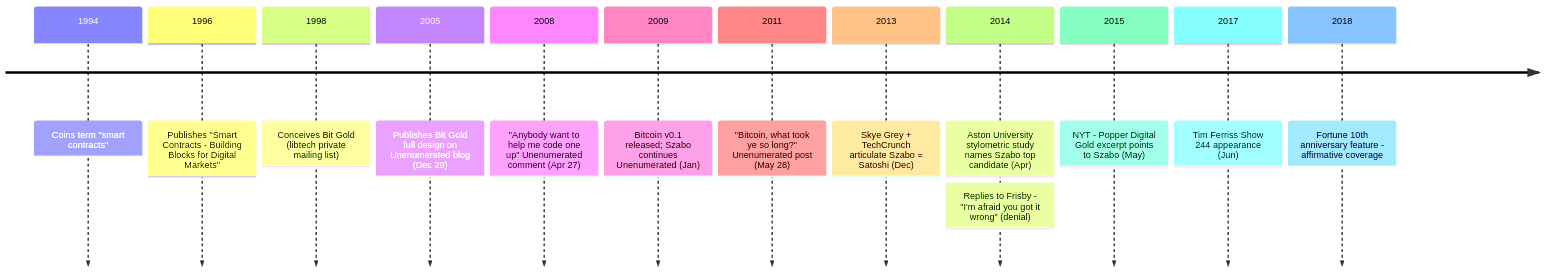
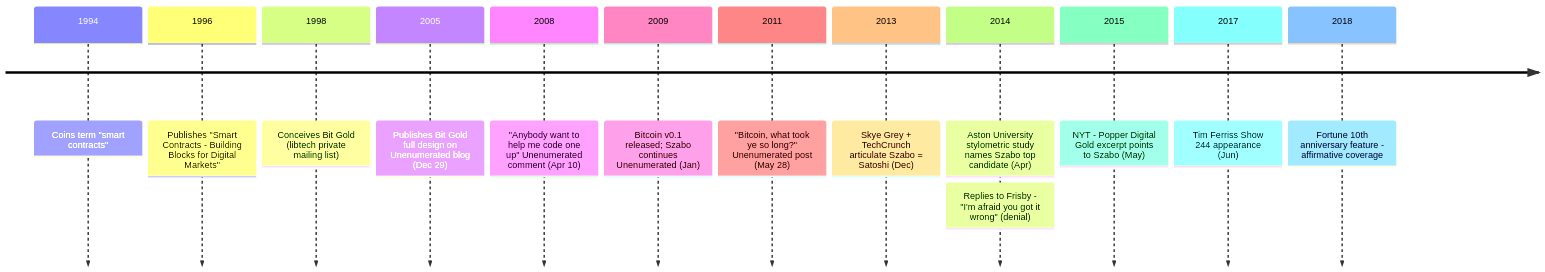
One commit to cypher256/BitcoinArchive changed the diagram in src/data/entries/en/aftermath/2005-12-29-nick-szabo-biography.md. Above: the diagram before and after it, drawn with Mermaid. The commit also changed other lines of this file and 24 other files, not shown here.

First line of the commit message:
Correct Szabo bit-gold implementation-request date to Apr 10, 2008

````diff
--- a/src/data/entries/en/aftermath/2005-12-29-nick-szabo-biography.md
+++ b/src/data/entries/en/aftermath/2005-12-29-nick-szabo-biography.md
@@ -61,22 +61,22 @@
 ```mermaid
 timeline
     1994 : Coins term "smart contracts"
     1996 : Publishes "Smart Contracts - Building Blocks for Digital Markets"
     1998 : Conceives Bit Gold (libtech private mailing list)
     2005 : Publishes Bit Gold full design on Unenumerated blog (Dec 29)
-    2008 : "Anybody want to help me code one up" Unenumerated comment (Apr 27)
-    %% link: /BitcoinArchive/entries/aftermath/2008-04-27-nick-szabo-bit-gold-implementation-request/
+    2008 : "Anybody want to help me code one up" Unenumerated comment (Apr 10)
+    %% link: /BitcoinArchive/entries/aftermath/2008-04-10-nick-szabo-bit-gold-implementation-request/
     2009 : Bitcoin v0.1 released; Szabo continues Unenumerated (Jan)
     %% link: /BitcoinArchive/entries/aftermath/2009-01-09-bitcoin-v01-released/
     2011 : "Bitcoin, what took ye so long?" Unenumerated post (May 28)
     %% link: /BitcoinArchive/entries/aftermath/2011-05-28-nick-szabo-bitcoin-what-took-ye-so-long/
     2013 : Skye Grey + TechCrunch articulate Szabo = Satoshi (Dec)
     %% link: /BitcoinArchive/entries/aftermath/2013-12-05-techcrunch-skye-grey-szabo-stylometric/
     2014 : Aston University stylometric study names Szabo top candidate (Apr)
     %% link: /BitcoinArchive/entries/aftermath/2014-04-16-aston-university-szabo-stylometric-study/
          : Replies to Frisby - "I'm afraid you got it wrong" (denial)
     2015 : NYT - Popper Digital Gold excerpt points to Szabo (May)
     %% link: /BitcoinArchive/entries/aftermath/2015-05-15-popper-nyt-szabo-satoshi-investigation/
     2017 : Tim Ferriss Show 244 appearance (Jun)
     2018 : Fortune 10th anniversary feature - affirmative coverage
 ```
````
